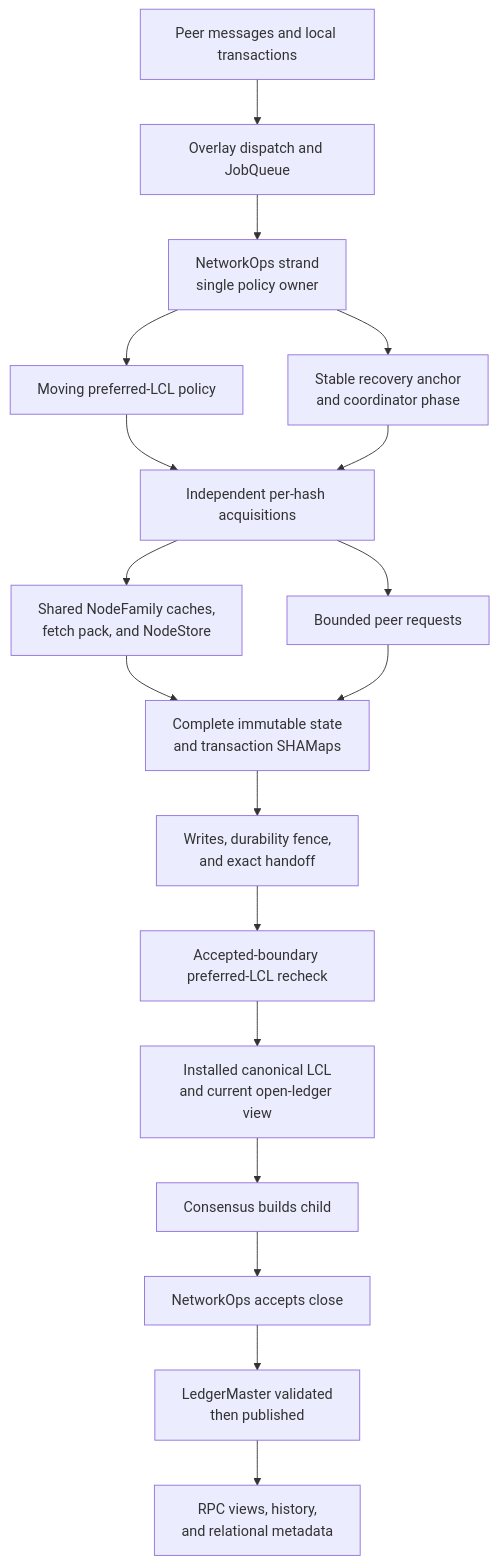
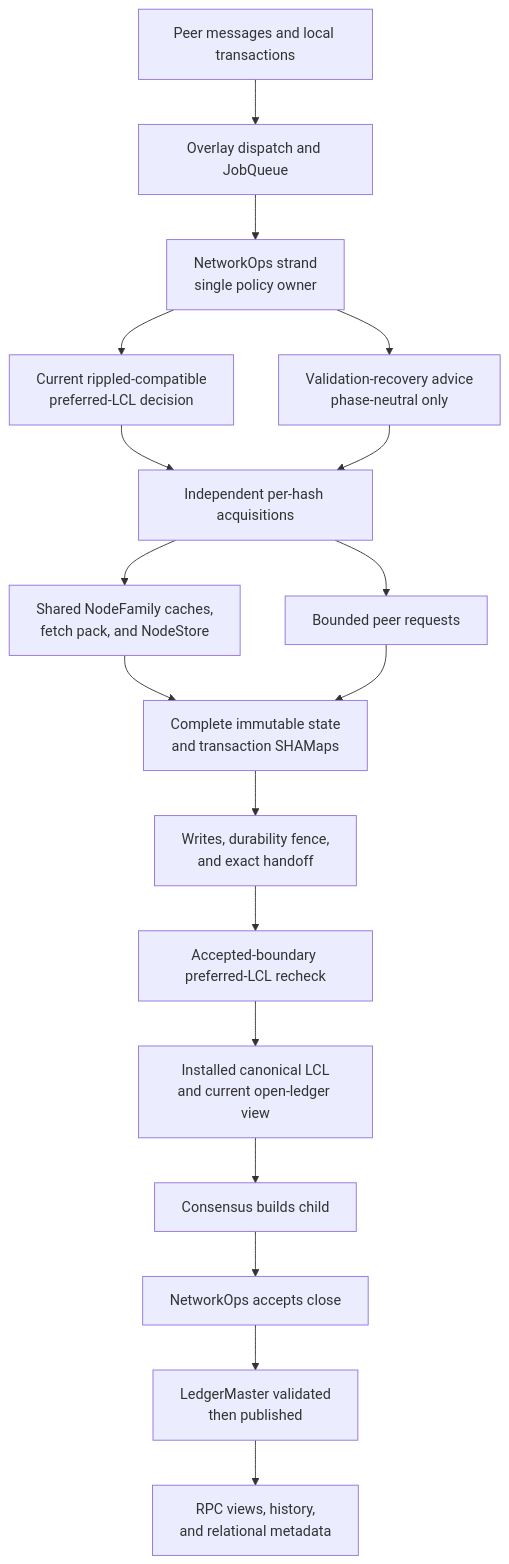
The second of 4 diagrams in docs/ARCHITECTURE.md (TusharPardhe/quaxar), drawn with Mermaid before and after one commit. The commit also changed other lines of this file and 31 other files, not shown here.

First line of the commit message:
fix: rippled parity for consensus recovery/oscillation, offer crossing, and protocol serialization (#68)

````diff
--- a/docs/ARCHITECTURE.md
+++ b/docs/ARCHITECTURE.md
@@ -67,20 +67,20 @@
 ```mermaid
 flowchart TD
     INPUT[Peer messages and local transactions] --> DISPATCH[Overlay dispatch and JobQueue]
     DISPATCH --> STRAND[NetworkOps strand<br/>single policy owner]
-    STRAND --> PREF[Moving preferred-LCL policy]
-    STRAND --> ANCHOR[Stable recovery anchor<br/>and coordinator phase]
+    STRAND --> PREF[Current rippled-compatible<br/>preferred-LCL decision]
+    STRAND --> ADVICE[Validation-recovery advice<br/>phase-neutral only]
     PREF --> SESSIONS[Independent per-hash acquisitions]
-    ANCHOR --> SESSIONS
+    ADVICE --> SESSIONS
     SESSIONS --> RESIDENT[Shared NodeFamily caches,<br/>fetch pack, and NodeStore]
     SESSIONS --> PEERS[Bounded peer requests]
     RESIDENT --> MAPS[Complete immutable state<br/>and transaction SHAMaps]
     PEERS --> MAPS
     MAPS --> DURABLE[Writes, durability fence,<br/>and exact handoff]
     DURABLE --> RECHECK[Accepted-boundary preferred-LCL recheck]
     RECHECK --> LCL[Installed canonical LCL<br/>and current open-ledger view]
     LCL --> CONSENSUS[Consensus builds child]
     CONSENSUS --> ACCEPT[NetworkOps accepts close]
     ACCEPT --> HEADS[LedgerMaster validated<br/>then published]
     HEADS --> OUTPUT[RPC views, history,<br/>and relational metadata]
 ```
````
